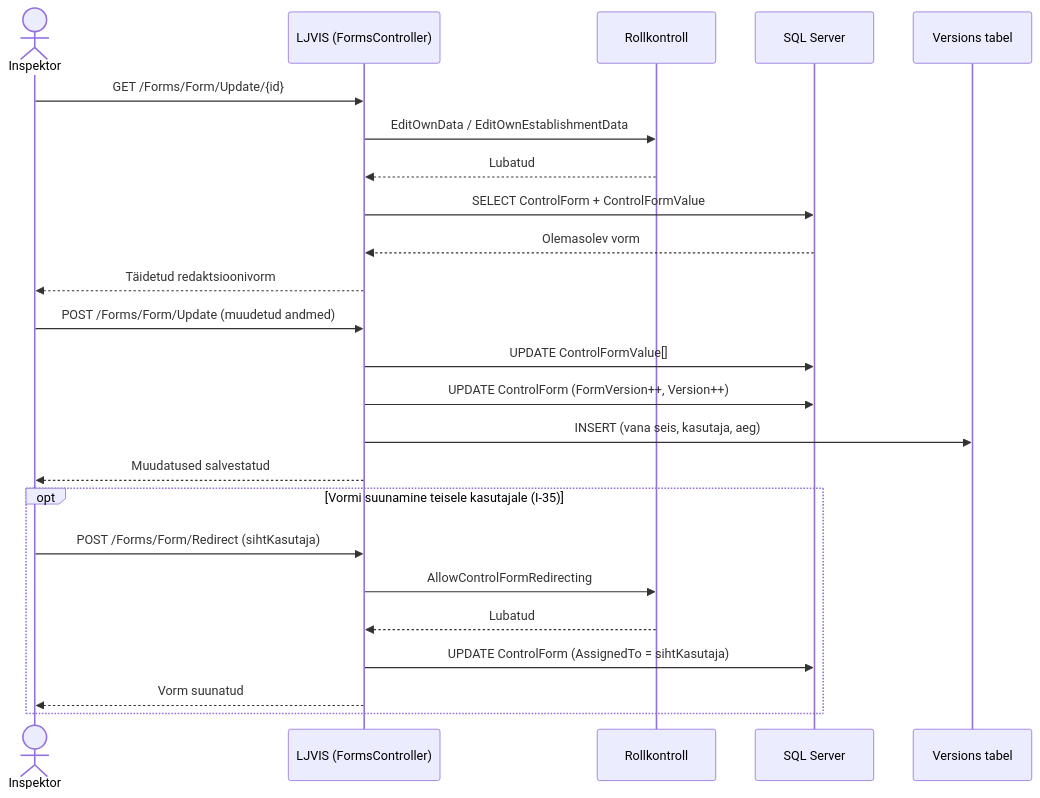
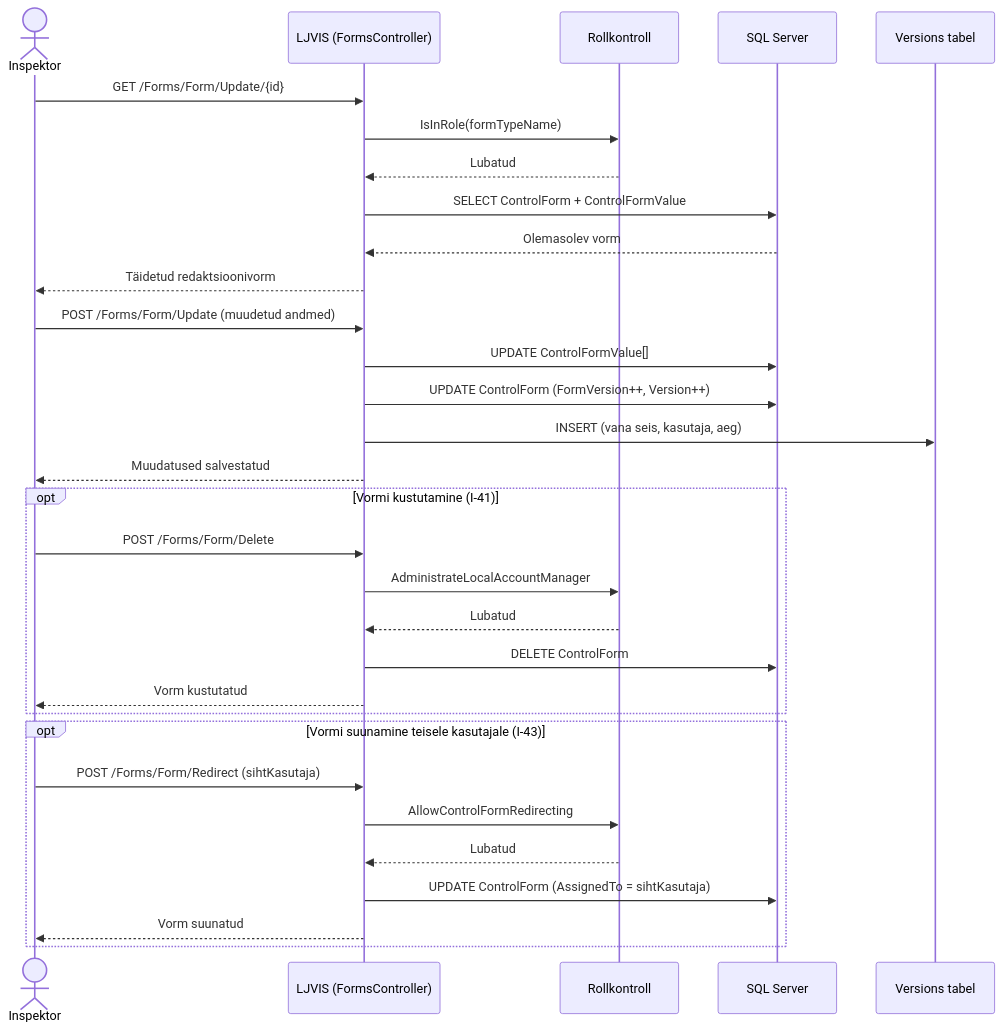
Before and after one commit to kemit-ee/ljvis-2: the sixth of 19 diagrams in architecture/use-cases.md, drawn with Mermaid. The commit also changed other lines of this file, not shown here.

````diff
--- a/architecture/use-cases.md
+++ b/architecture/use-cases.md
@@ -421,29 +448,37 @@
 ```mermaid
 sequenceDiagram
     actor Inspektor
     participant UI as LJVIS (FormsController)
     participant Auth as Rollkontroll
     participant DB as SQL Server
     participant Versions as Versions tabel
 
     Inspektor->>UI: GET /Forms/Form/Update/{id}
-    UI->>Auth: EditOwnData / EditOwnEstablishmentData
+    UI->>Auth: IsInRole(formTypeName)
     Auth-->>UI: Lubatud
     UI->>DB: SELECT ControlForm + ControlFormValue
     DB-->>UI: Olemasolev vorm
     UI-->>Inspektor: Täidetud redaktsioonivorm
 
     Inspektor->>UI: POST /Forms/Form/Update (muudetud andmed)
     UI->>DB: UPDATE ControlFormValue[]
     UI->>DB: UPDATE ControlForm (FormVersion++, Version++)
     UI->>Versions: INSERT (vana seis, kasutaja, aeg)
     UI-->>Inspektor: Muudatused salvestatud
 
-    opt Vormi suunamine teisele kasutajale (I-35)
+    opt Vormi kustutamine (I-41)
+        Inspektor->>UI: POST /Forms/Form/Delete
+        UI->>Auth: AdministrateLocalAccountManager
+        Auth-->>UI: Lubatud
+        UI->>DB: DELETE ControlForm
+        UI-->>Inspektor: Vorm kustutatud
+    end
+
+    opt Vormi suunamine teisele kasutajale (I-43)
         Inspektor->>UI: POST /Forms/Form/Redirect (sihtKasutaja)
         UI->>Auth: AllowControlFormRedirecting
         Auth-->>UI: Lubatud
         UI->>DB: UPDATE ControlForm (AssignedTo = sihtKasutaja)
         UI-->>Inspektor: Vorm suunatud
     end
 ```
````
